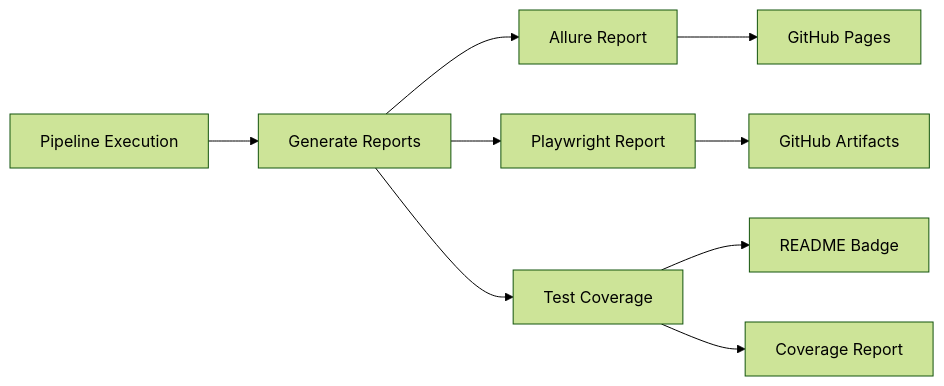
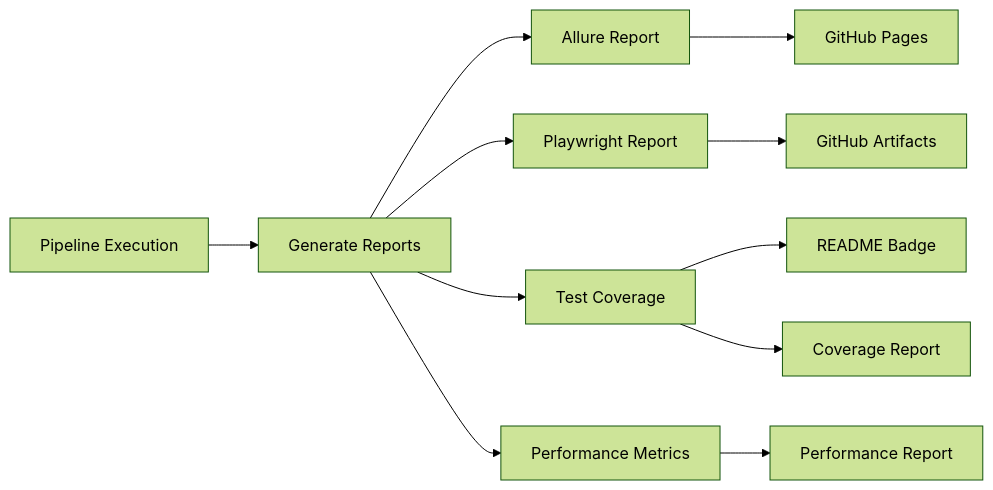
One commit to govinda777/open-invest-spotlight-dao changed the second of 3 diagrams in CI_CD.md. Above: the diagram before and after it, drawn with Mermaid (forest theme). The commit also changed other lines of this file and 5 other files, not shown here.

````diff
--- a/CI_CD.md
+++ b/CI_CD.md
@@ -52,11 +64,13 @@
 ```mermaid
 graph LR
     A[Pipeline Execution] --> B[Generate Reports]
     B --> C[Allure Report]
     B --> D[Playwright Report]
     B --> E[Test Coverage]
-    C --> F[GitHub Pages]
-    D --> G[GitHub Artifacts]
-    E --> H[README Badge]
-    E --> I[Coverage Report]
+    B --> F[Performance Metrics]
+    C --> G[GitHub Pages]
+    D --> H[GitHub Artifacts]
+    E --> I[README Badge]
+    E --> J[Coverage Report]
+    F --> K[Performance Report]
 ```
````
